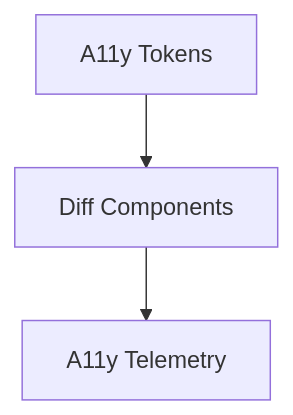
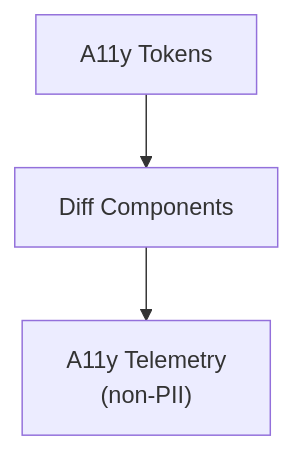
The seventh of 7 diagrams in web/src/entities/diff-first/README.md (bartytime4life/Kansas-Frontier-Matrix), drawn with Mermaid before and after one commit. The commit also changed other lines of this file, not shown here.

````diff
--- a/web/src/entities/diff-first/README.md
+++ b/web/src/entities/diff-first/README.md
@@ -303,5 +440,5 @@
-```mermaid
+~~~mermaid
 flowchart TD
     TOK["A11y Tokens"] --> DIFF["Diff Components"]
-    DIFF --> TEL_A11Y["A11y Telemetry"]
-```
+    DIFF --> TEL_A11Y["A11y Telemetry<br/>(non-PII)"]
+~~~
````
